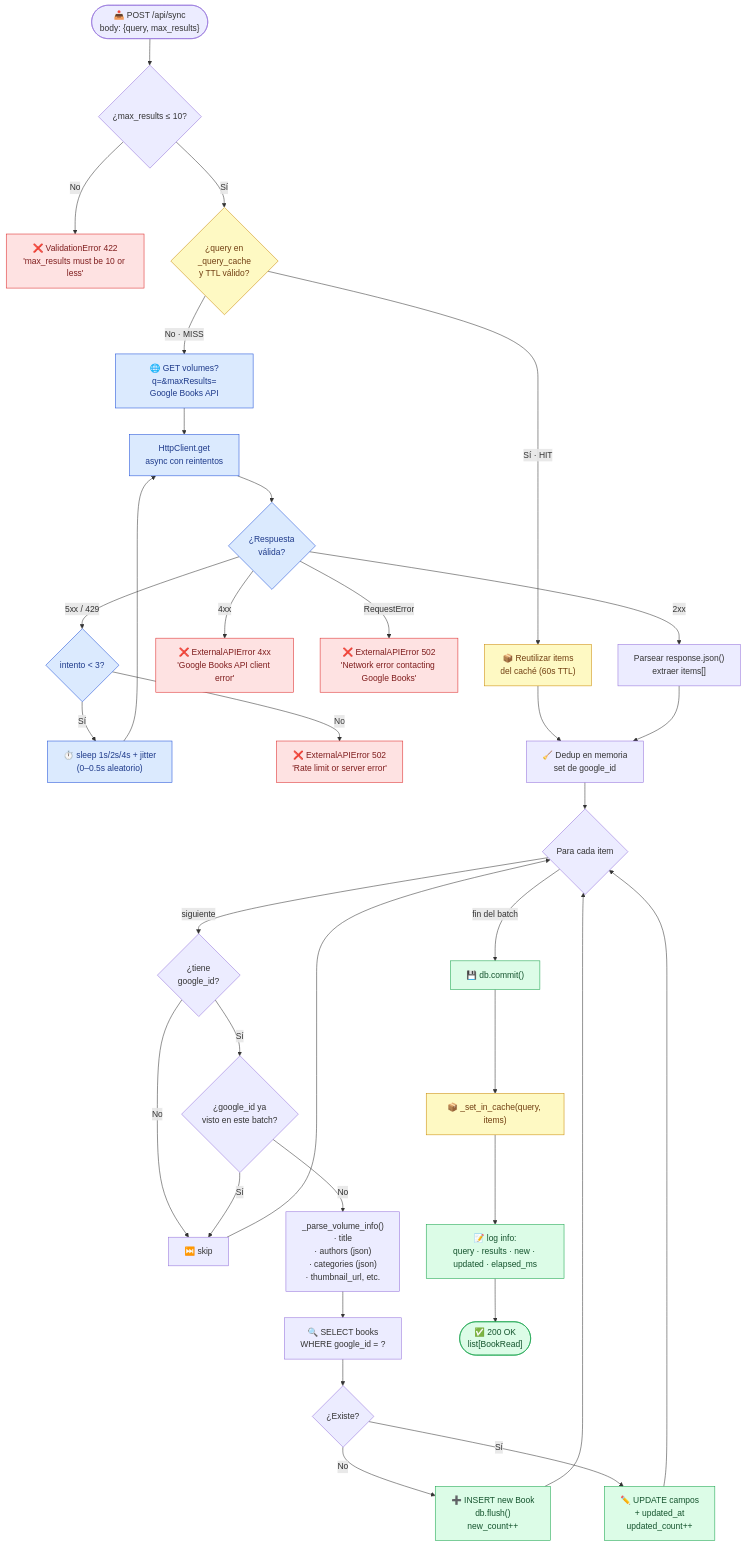
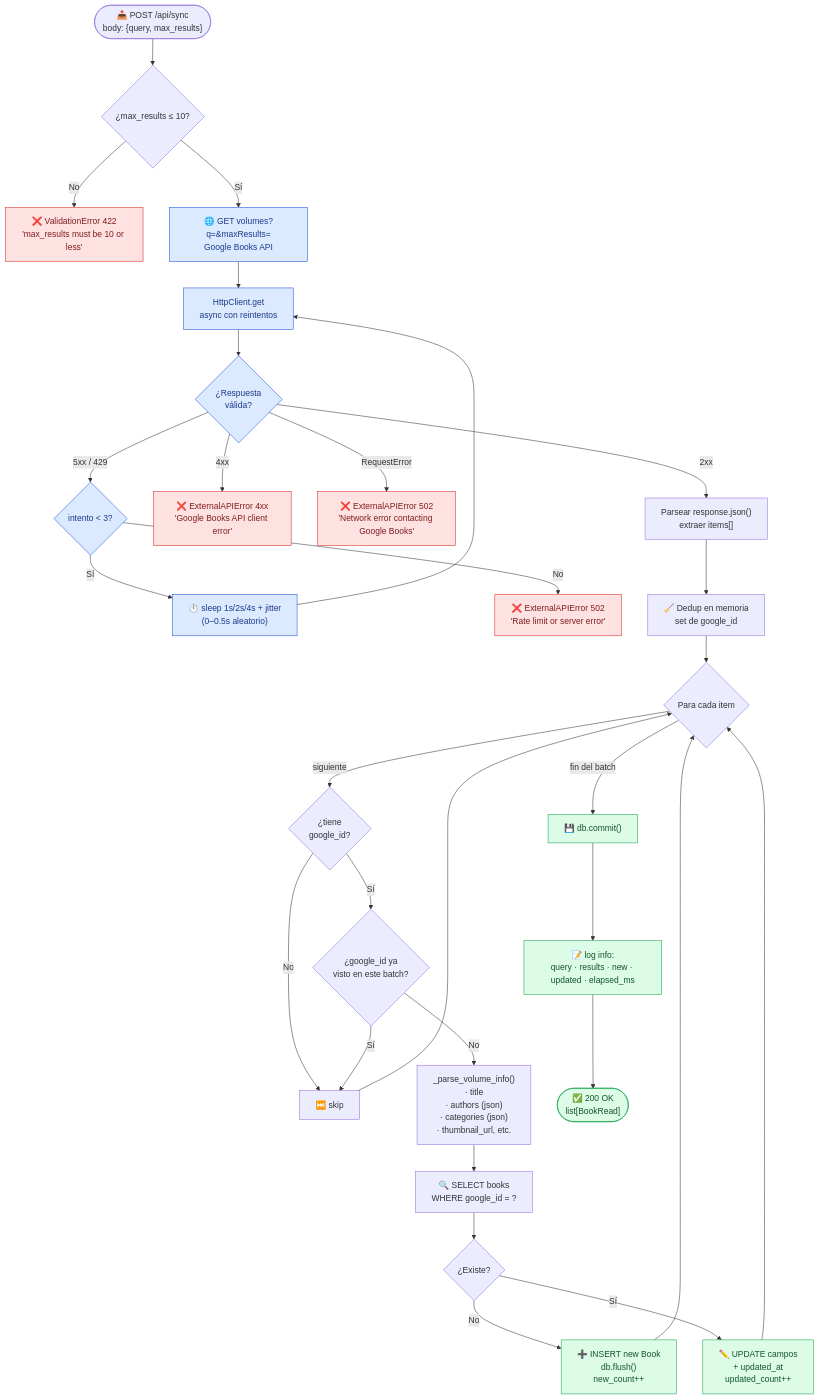
Before and after one commit to dabolanosm/pt_makita: the diagram in docs/diagrams/03-flujo-sincronizacion.md, drawn with Mermaid. The commit also changed other lines of this file and 18 other files, not shown here.

````diff
--- a/docs/diagrams/03-flujo-sincronizacion.md
+++ b/docs/diagrams/03-flujo-sincronizacion.md
@@ -10,54 +10,47 @@
 ```mermaid
 flowchart TD
     Start(["📥 POST /api/sync<br/>body: {query, max_results}"]) --> Validate1{"¿max_results ≤ 10?"}
     Validate1 -->|No| Err400["❌ ValidationError 422<br/>'max_results must be 10 or less'"]
-    Validate1 -->|Sí| CacheCheck{"¿query en<br/>_query_cache<br/>y TTL válido?"}
-
-    CacheCheck -->|Sí · HIT| UseCache["📦 Reutilizar items<br/>del caché (60s TTL)"]
-    CacheCheck -->|No · MISS| CallGB["🌐 GET volumes?q=&maxResults=<br/>Google Books API"]
+    Validate1 -->|Sí| CallGB["🌐 GET volumes?q=&maxResults=<br/>Google Books API"]
 
     CallGB --> HTTPGet["HttpClient.get<br/>async con reintentos"]
     HTTPGet --> NetOK{"¿Respuesta<br/>válida?"}
     NetOK -->|5xx / 429| RetryCheck{"intento < 3?"}
     RetryCheck -->|Sí| Backoff["⏱️ sleep 1s/2s/4s + jitter<br/>(0–0.5s aleatorio)"]
     Backoff --> HTTPGet
     RetryCheck -->|No| Err502["❌ ExternalAPIError 502<br/>'Rate limit or server error'"]
     NetOK -->|4xx| ErrClient["❌ ExternalAPIError 4xx<br/>'Google Books API client error'"]
     NetOK -->|RequestError| ErrNet["❌ ExternalAPIError 502<br/>'Network error contacting Google Books'"]
     NetOK -->|2xx| ParseResp["Parsear response.json()<br/>extraer items[]"]
 
-    UseCache --> Dedup
     ParseResp --> Dedup["🧹 Dedup en memoria<br/>set de google_id"]
 
     Dedup --> LoopStart{"Para cada item"}
     LoopStart -->|siguiente| HasID{"¿tiene<br/>google_id?"}
     HasID -->|No| Skip["⏭️ skip"]
     HasID -->|Sí| AlreadySeen{"¿google_id ya<br/>visto en este batch?"}
     AlreadySeen -->|Sí| Skip
     AlreadySeen -->|No| ParseVolume["_parse_volume_info()<br/>· title<br/>· authors (json)<br/>· categories (json)<br/>· thumbnail_url, etc."]
 
     ParseVolume --> DBLookup["🔍 SELECT books<br/>WHERE google_id = ?"]
     DBLookup --> Exists{"¿Existe?"}
     Exists -->|No| Insert["➕ INSERT new Book<br/>db.flush()<br/>new_count++"]
     Exists -->|Sí| Update["✏️ UPDATE campos<br/>+ updated_at<br/>updated_count++"]
 
     Insert --> LoopStart
     Update --> LoopStart
     Skip --> LoopStart
 
     LoopStart -->|fin del batch| Commit["💾 db.commit()"]
-    Commit --> CacheStore["📦 _set_in_cache(query, items)"]
-    CacheStore --> LogOK["📝 log info:<br/>query · results · new · updated · elapsed_ms"]
+    Commit --> LogOK["📝 log info:<br/>query · results · new · updated · elapsed_ms"]
     LogOK --> Respond(["✅ 200 OK<br/>list[BookRead]"])
 
     %% Estilo
     classDef ok fill:#dcfce7,stroke:#16a34a,color:#14532d
     classDef err fill:#fee2e2,stroke:#dc2626,color:#7f1d1d
-    classDef cache fill:#fef9c3,stroke:#ca8a04,color:#713f12
     classDef ext fill:#dbeafe,stroke:#1d4ed8,color:#1e3a8a
 
     class Respond,Commit,Insert,Update,LogOK ok
     class Err400,Err502,ErrClient,ErrNet err
-    class CacheCheck,UseCache,CacheStore cache
     class CallGB,HTTPGet,NetOK,RetryCheck,Backoff ext
 ```
````
